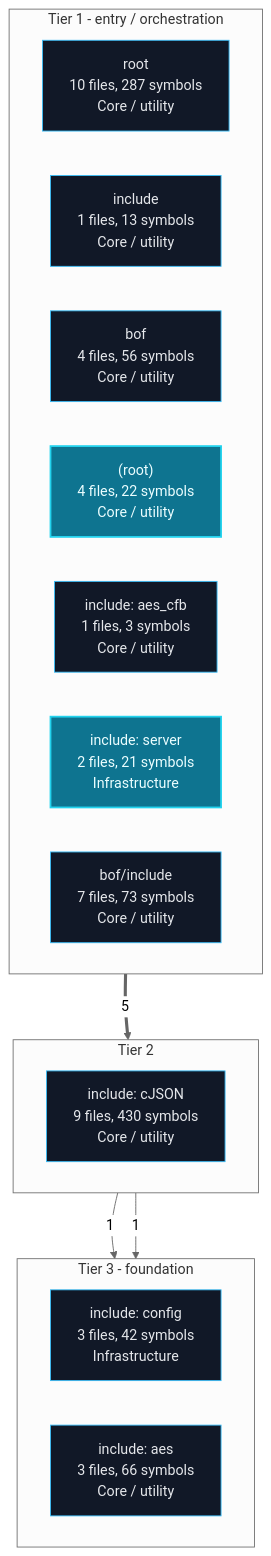
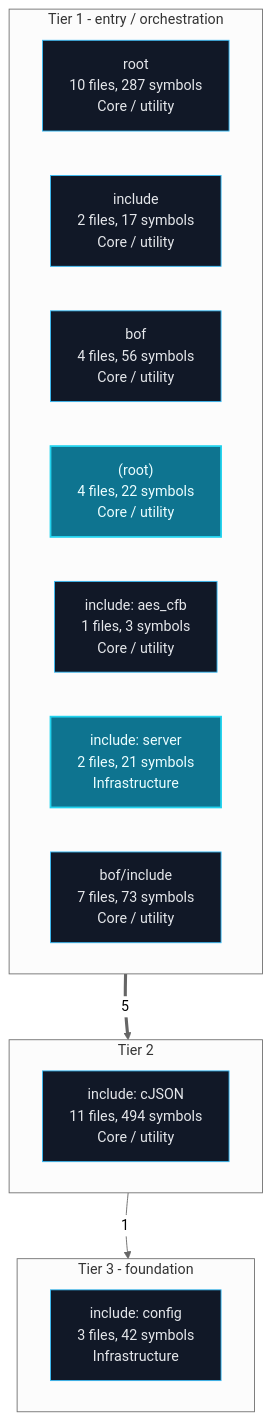
The first of 5 diagrams in readmenator-apidocs/architecture.md (grisuno/blacksandbeacon), drawn with Mermaid (neutral theme) before and after one commit. The commit also changed other lines of this file and 99 other files, not shown here.

````diff
--- a/readmenator-apidocs/architecture.md
+++ b/readmenator-apidocs/architecture.md
@@ -9,29 +9,27 @@
 ```mermaid
 flowchart TB
     classDef default fill:#111827,stroke:#38bdf8,color:#e5e7eb;
     classDef entry fill:#0e7490,stroke:#22d3ee,color:#ecfeff,stroke-width:2px;
     subgraph lane_0["Tier 1 - entry / orchestration"]
         direction LR
-        n_c0["root<br/>10 files, 287 symbols<br/>Core / utility"]:::default
-        n_d_include["include<br/>1 files, 13 symbols<br/>Core / utility"]:::default
+        n_c1["root<br/>10 files, 287 symbols<br/>Core / utility"]:::default
+        n_d_include["include<br/>2 files, 17 symbols<br/>Core / utility"]:::default
         n_d_bof["bof<br/>4 files, 56 symbols<br/>Core / utility"]:::default
         n_d__root_["(root)<br/>4 files, 22 symbols<br/>Core / utility"]:::entry
-        n_c6["include: aes_cfb<br/>1 files, 3 symbols<br/>Core / utility"]:::default
+        n_c5["include: aes_cfb<br/>1 files, 3 symbols<br/>Core / utility"]:::default
         n_c3["include: server<br/>2 files, 21 symbols<br/>Infrastructure"]:::entry
         n_c2["bof/include<br/>7 files, 73 symbols<br/>Core / utility"]:::default
     end
     subgraph lane_1["Tier 2"]
         direction LR
-        n_c1["include: cJSON<br/>9 files, 430 symbols<br/>Core / utility"]:::default
+        n_c0["include: cJSON<br/>11 files, 494 symbols<br/>Core / utility"]:::default
     end
     subgraph lane_2["Tier 3 - foundation"]
         direction LR
-        n_c5["include: config<br/>3 files, 42 symbols<br/>Infrastructure"]:::default
-        n_c4["include: aes<br/>3 files, 66 symbols<br/>Core / utility"]:::default
+        n_c4["include: config<br/>3 files, 42 symbols<br/>Infrastructure"]:::default
     end
-    n_c0 ==>|"5"| n_c1
-    n_c1 -->|"1"| n_c4
-    n_c1 -->|"1"| n_c5
-    n_c0 ~~~ n_c1
-    n_c1 ~~~ n_c5
+    n_c0 -->|"1"| n_c4
+    n_c1 ==>|"5"| n_c0
+    n_c1 ~~~ n_c0
+    n_c0 ~~~ n_c4
 ```
````
